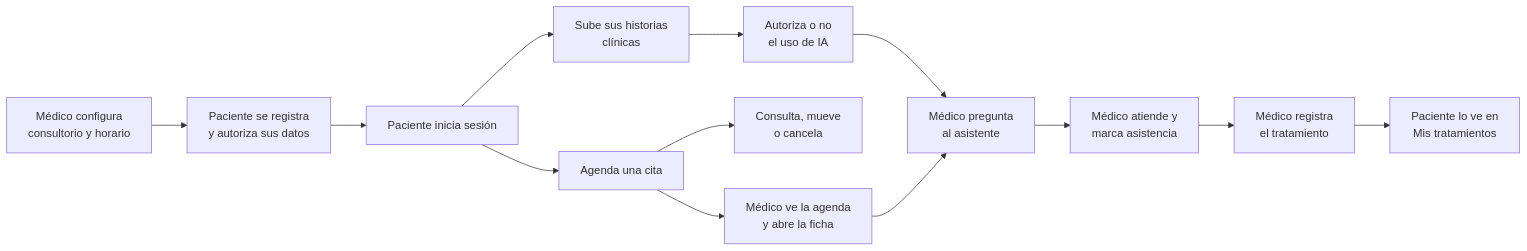
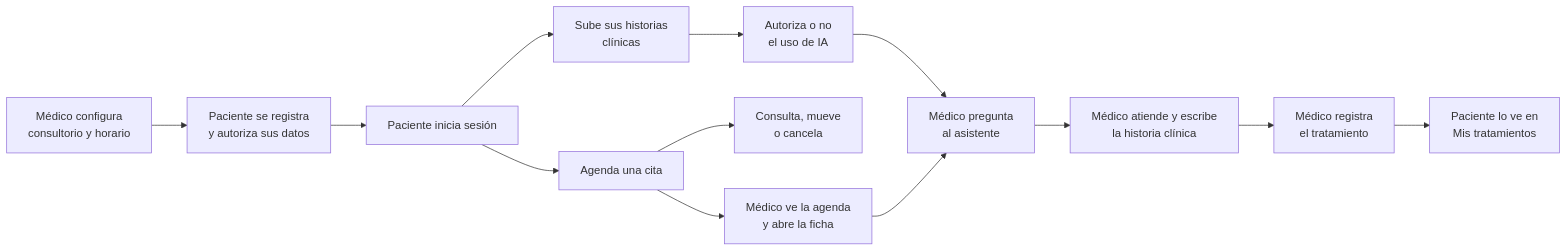
Before and after one commit to JAOSjavi/vitalia: the diagram in planificacion/01-alcance-y-flujo.md, drawn with Mermaid. The commit also changed other lines of this file and 45 other files, not shown here.

First line of the commit message:
Cierre de Diseño: historia clínica, ingreso con documento y base visual

````diff
--- a/planificacion/01-alcance-y-flujo.md
+++ b/planificacion/01-alcance-y-flujo.md
@@ -73,15 +77,15 @@
 ```mermaid
 flowchart LR
     A[Médico configura<br/>consultorio y horario] --> B[Paciente se registra<br/>y autoriza sus datos]
     B --> C[Paciente inicia sesión]
     C --> D[Sube sus historias<br/>clínicas]
     D --> E[Autoriza o no<br/>el uso de IA]
     C --> F[Agenda una cita]
     F --> G[Consulta, mueve<br/>o cancela]
     F --> H[Médico ve la agenda<br/>y abre la ficha]
     E --> I[Médico pregunta<br/>al asistente]
     H --> I
-    I --> J[Médico atiende y<br/>marca asistencia]
+    I --> J[Médico atiende y escribe<br/>la historia clínica]
     J --> K[Médico registra<br/>el tratamiento]
     K --> L[Paciente lo ve en<br/>Mis tratamientos]
 ```
````
